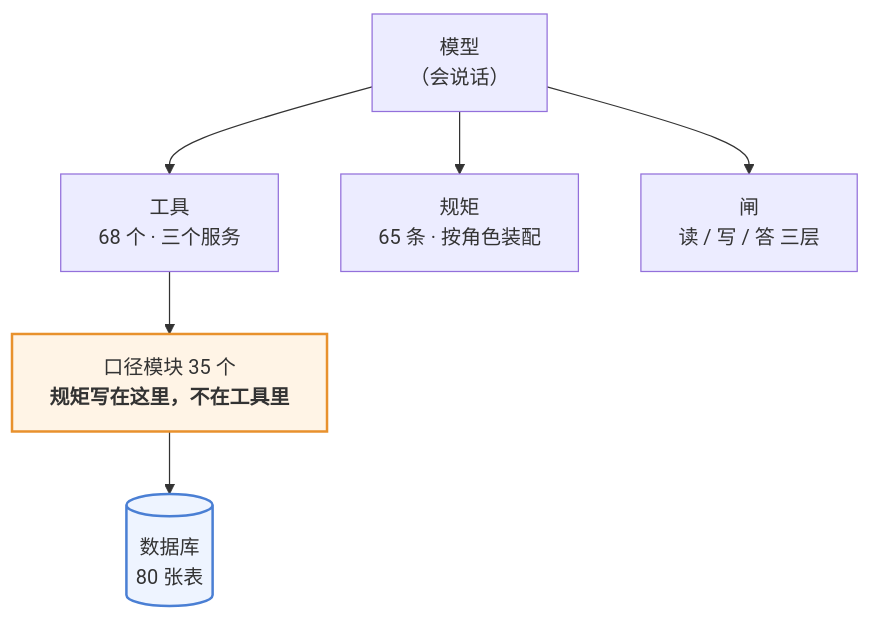
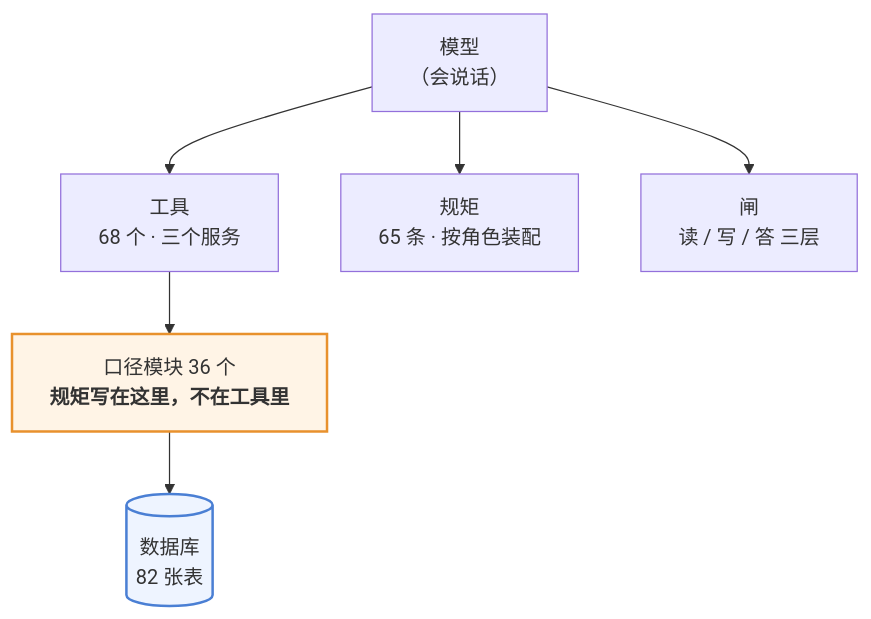
The first of 3 diagrams in 澜绣云裳agent-产品说明.md (843773296-rgb/lanxiu-yunshang-agent), drawn with Mermaid before and after one commit. The commit also changed other lines of this file and 14 other files, not shown here.

````diff
--- a/澜绣云裳agent-产品说明.md
+++ b/澜绣云裳agent-产品说明.md
@@ -62,12 +62,12 @@
 ```mermaid
 flowchart TD
     M["模型<br/>（会说话）"]
     M --> T["工具<br/>68 个 · 三个服务"]
     M --> R["规矩<br/>65 条 · 按角色装配"]
     M --> G["闸<br/>读 / 写 / 答 三层"]
-    T --> K["口径模块 35 个<br/><b>规矩写在这里，不在工具里</b>"]
-    K --> DB[("数据库<br/>80 张表")]
+    T --> K["口径模块 36 个<br/><b>规矩写在这里，不在工具里</b>"]
+    K --> DB[("数据库<br/>82 张表")]
 
     style K fill:#fff4e6,stroke:#e8912d,stroke-width:2px
     style DB fill:#eef4ff,stroke:#4a7fd4,stroke-width:2px
 ```
````
